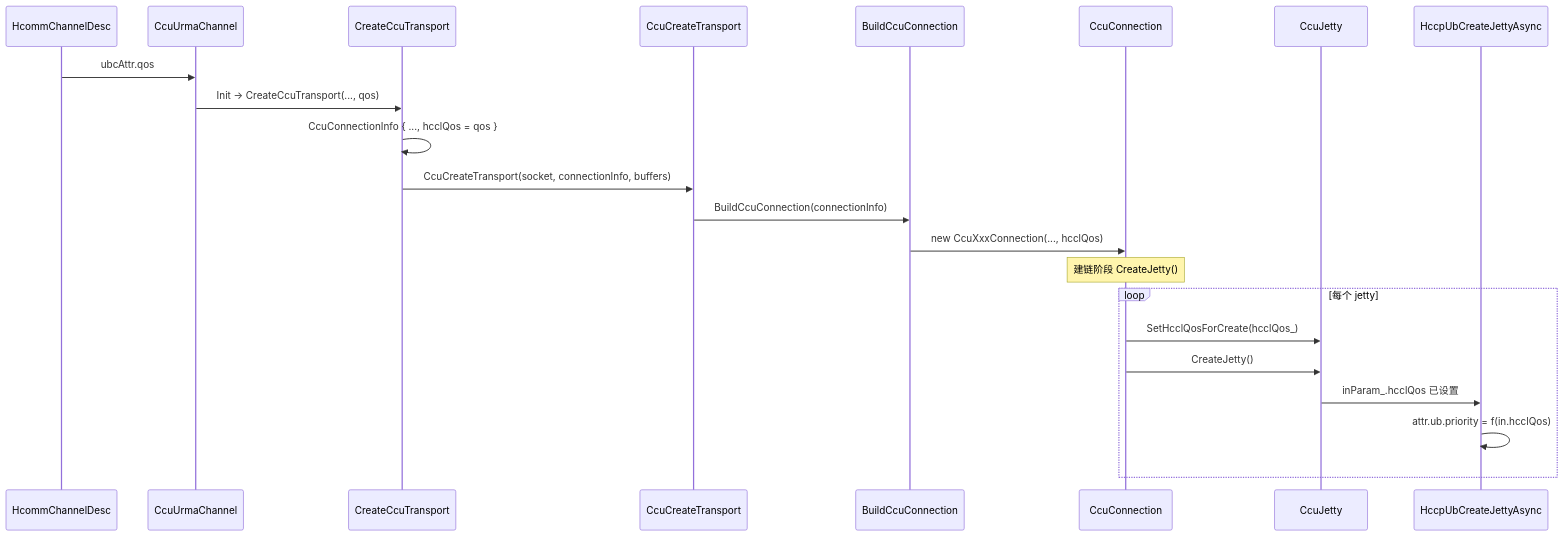
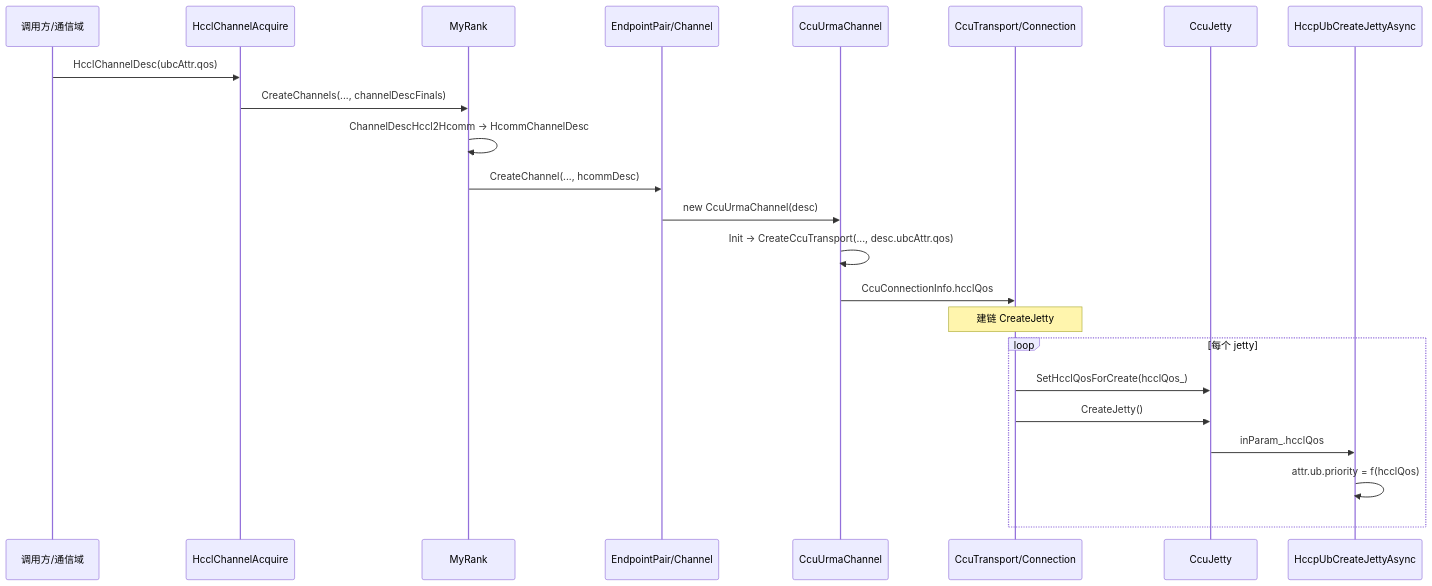
Before and after one commit to libochao-huawei/hcomm: the second of 2 diagrams in docs/ccu_ubc_qos_to_jetty_priority_flow.md, drawn with Mermaid. The commit also changed other lines of this file and 2 other files, not shown here.

````diff
--- a/docs/ccu_ubc_qos_to_jetty_priority_flow.md
+++ b/docs/ccu_ubc_qos_to_jetty_priority_flow.md
@@ -99,25 +149,26 @@
 ```mermaid
 sequenceDiagram
-    participant Desc as HcommChannelDesc
+    participant User as 调用方/通信域
+    participant Acquire as HcclChannelAcquire
+    participant MR as MyRank
+    participant EP as EndpointPair/Channel
     participant Ch as CcuUrmaChannel
-    participant T as CreateCcuTransport
-    participant CT as CcuCreateTransport
-    participant BC as BuildCcuConnection
-    participant Conn as CcuConnection
+    participant T as CcuTransport/Connection
     participant J as CcuJetty
     participant H as HccpUbCreateJettyAsync
 
-    Desc->>Ch: ubcAttr.qos
-    Ch->>T: Init → CreateCcuTransport(..., qos)
-    T->>T: CcuConnectionInfo { ..., hcclQos = qos }
-    T->>CT: CcuCreateTransport(socket, connectionInfo, buffers)
-    CT->>BC: BuildCcuConnection(connectionInfo)
-    BC->>Conn: new CcuXxxConnection(..., hcclQos)
-    Note over Conn: 建链阶段 CreateJetty()
+    User->>Acquire: HcclChannelDesc(ubcAttr.qos)
+    Acquire->>MR: CreateChannels(..., channelDescFinals)
+    MR->>MR: ChannelDescHccl2Hcomm → HcommChannelDesc
+    MR->>EP: CreateChannel(..., hcommDesc)
+    EP->>Ch: new CcuUrmaChannel(desc)
+    Ch->>Ch: Init → CreateCcuTransport(..., desc.ubcAttr.qos)
+    Ch->>T: CcuConnectionInfo.hcclQos
+    Note over T: 建链 CreateJetty
     loop 每个 jetty
-        Conn->>J: SetHcclQosForCreate(hcclQos_)
-        Conn->>J: CreateJetty()
-        J->>H: inParam_.hcclQos 已设置
-        H->>H: attr.ub.priority = f(in.hcclQos)
+        T->>J: SetHcclQosForCreate(hcclQos_)
+        T->>J: CreateJetty()
+        J->>H: inParam_.hcclQos
+        H->>H: attr.ub.priority = f(hcclQos)
     end
 ```
````
